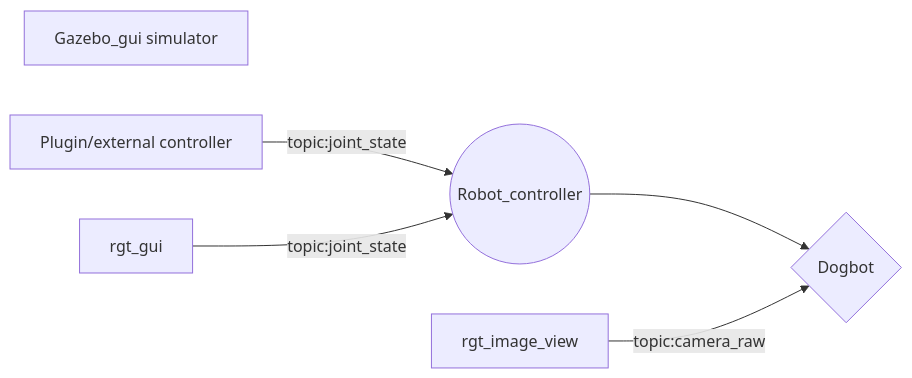
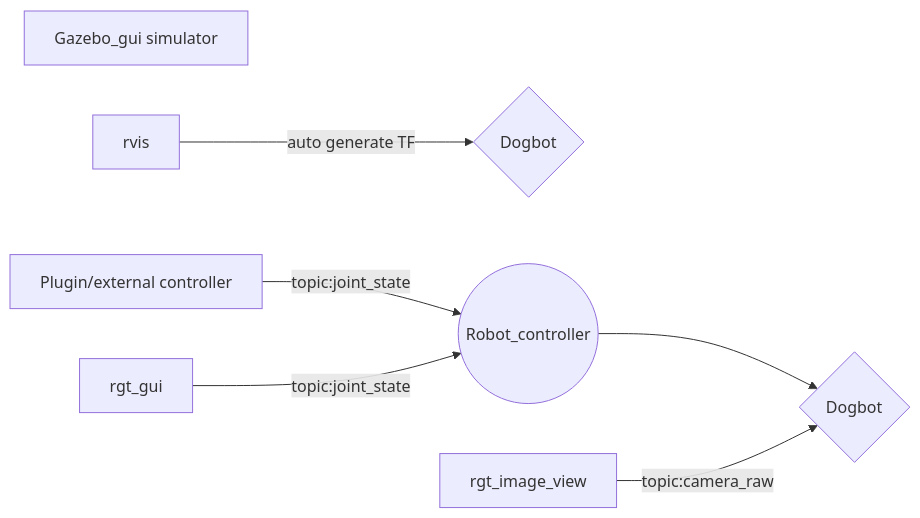
One commit to bsyh/dogbot_ros changed the diagram in README.md. Above: the diagram before and after it, drawn with Mermaid.

````diff
--- a/README.md
+++ b/README.md
@@ -46,7 +46,10 @@
 ```mermaid
 graph LR
 Z[Gazebo_gui simulator]
+
+R[rvis] --auto generate TF--> V{Dogbot}
+
 X[Plugin/external controller] --  topic:joint_state --> B
 H[rgt_gui] -- topic:joint_state -->B((Robot_controller)) -->F{Dogbot}
 A[rgt_image_view] -- topic:camera_raw --> F
 ```
````
